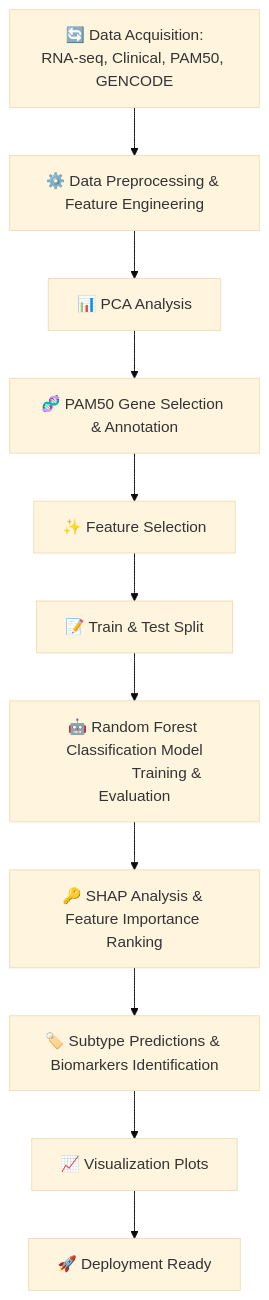
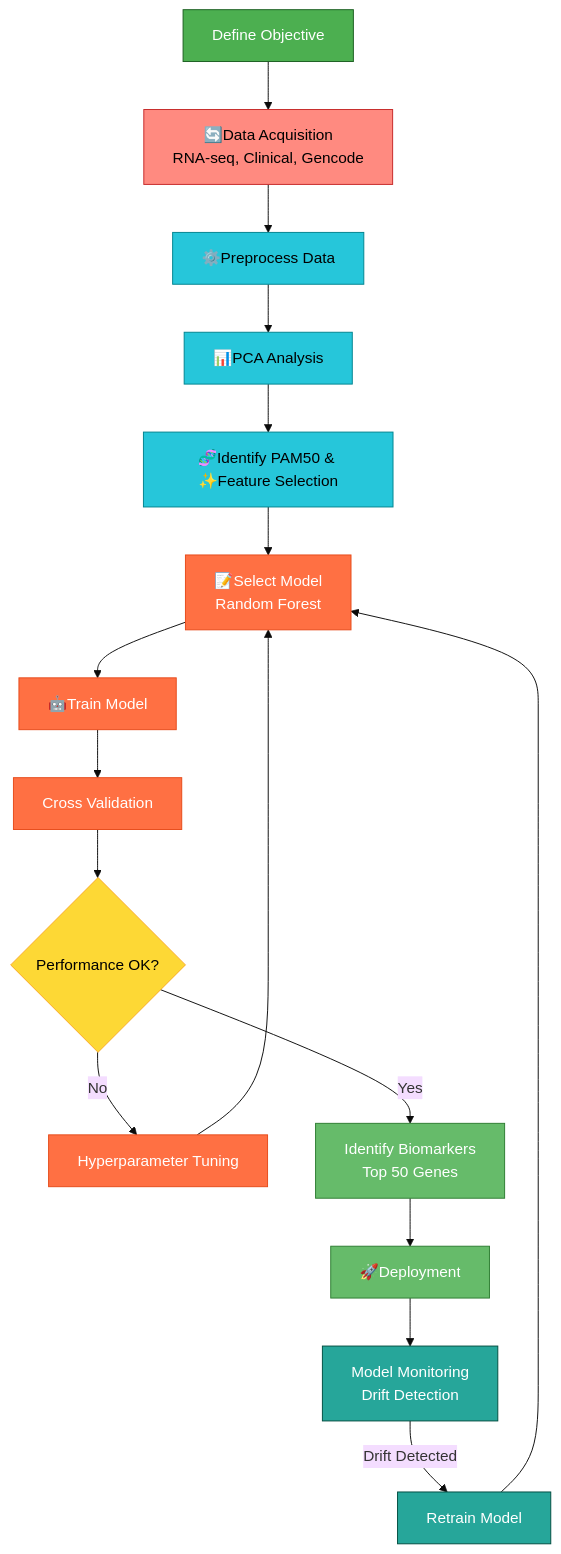
One commit to Yohansgit/Genomic-Data-Analysis-for-Cancer-Subtype-Classification changed the diagram in README.md. Above: the diagram before and after it, drawn with Mermaid (base theme).

Commit message:
Enhance project architecture flowchart in README
Updated the flowchart in the README to include detailed steps for the scientific analysis pipeline.

````diff
--- a/README.md
+++ b/README.md
@@ -59,15 +59,30 @@
 ```mermaid        
-flowchart TD                 
-A[🔄 Data Acquisition:
-RNA-seq, Clinical, PAM50, GENCODE] --> B[⚙️ Data Preprocessing & Feature Engineering]                   
-    B --> C[📊 PCA Analysis]                      
-    C --> D[🧬 PAM50 Gene Selection & Annotation]                      
-    D --> E[✨ Feature Selection]                        
-    E --> F[📝 Train & Test Split]                
-    F --> G[🤖 Random Forest Classification Model
-                Training & Evaluation]                 
-    G --> H[🔑 SHAP Analysis & Feature Importance Ranking]                  
-    H --> I[🏷️ Subtype Predictions & Biomarkers Identification]               
-    I --> J[📈 Visualization Plots]             
-    J --> K[🚀 Deployment Ready]                    
+flowchart TD
+    %% --- Define Colors ---
+classDef start fill:#4CAF50,stroke:#1B5E20,color:#fff;     
+classDef data fill:#FF8A80,stroke:#C62828,color:#000;     
+classDef process fill:#26C6DA,stroke:#00838F,color:#000;  
+classDef model fill:#FF7043,stroke:#E64A19,color:#fff;    
+classDef decision fill:#FDD835,stroke:#F9A825,color:#000;    
+classDef output fill:#66BB6A,stroke:#2E7D32,color:#fff;    
+classDef monitor fill:#26A69A,stroke:#004D40,color:#fff;   
+
+    A[Define Objective]:::start
+    B[🔄Data Acquisition<br/>RNA-seq, Clinical, Gencode]:::data
+    C[⚙️Preprocess Data]:::process
+    D[📊PCA Analysis]:::process
+    E[🧬Identify PAM50 & ✨Feature Selection]:::process
+    F[📝Select Model<br/>Random Forest]:::model
+    G[🤖Train Model]:::model
+    H[Cross Validation]:::model
+    I{Performance OK?}:::decision
+    J[Hyperparameter Tuning]:::model
+    K[Identify Biomarkers<br/>Top 50 Genes]:::output
+    L[🚀Deployment]:::output
+    M[Model Monitoring<br/>Drift Detection]:::monitor
+    N[Retrain Model]:::monitor
+    A --> B --> C --> D --> E --> F --> G --> H --> I
+    I -- No --> J --> F
+    I -- Yes --> K --> L --> M
+    M -- Drift Detected --> N --> F           
 ``` 
````
